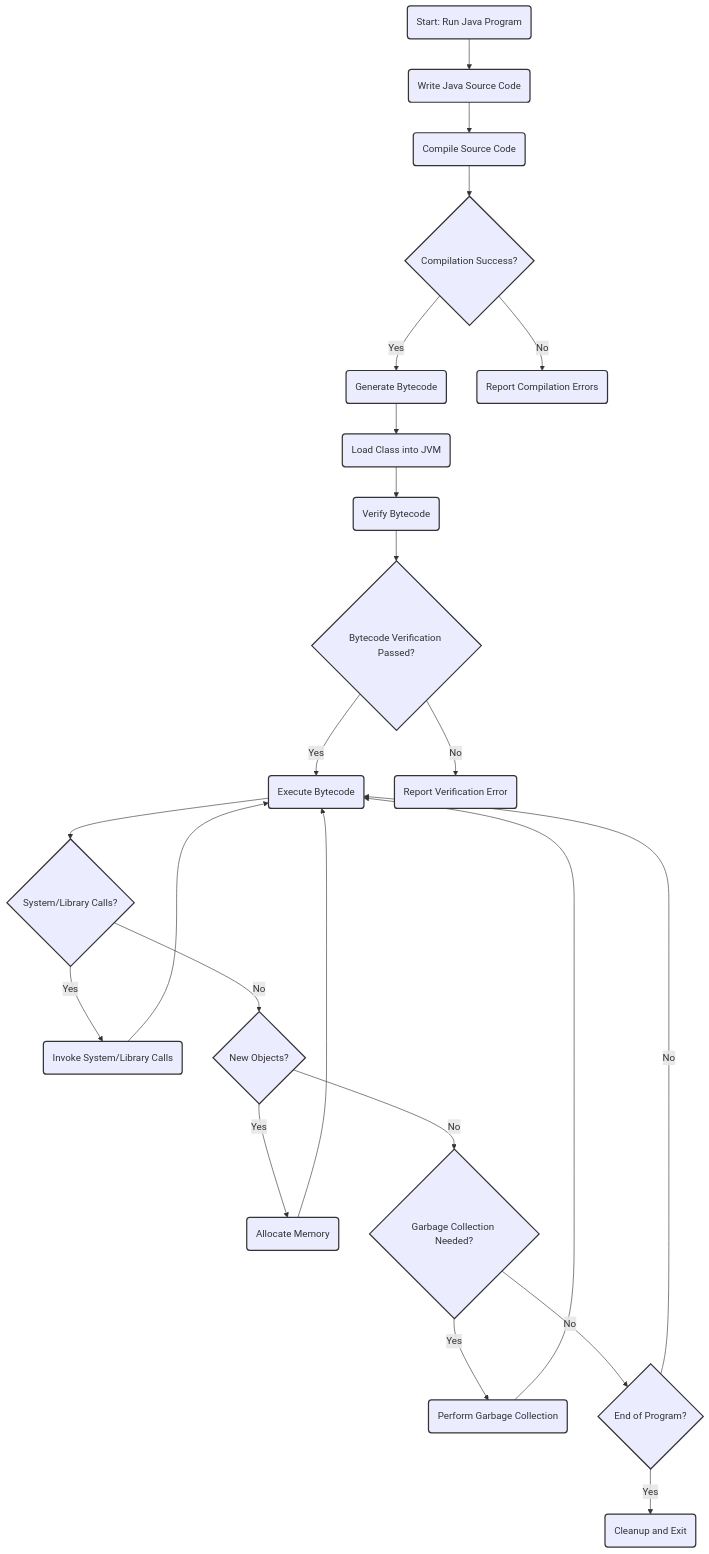
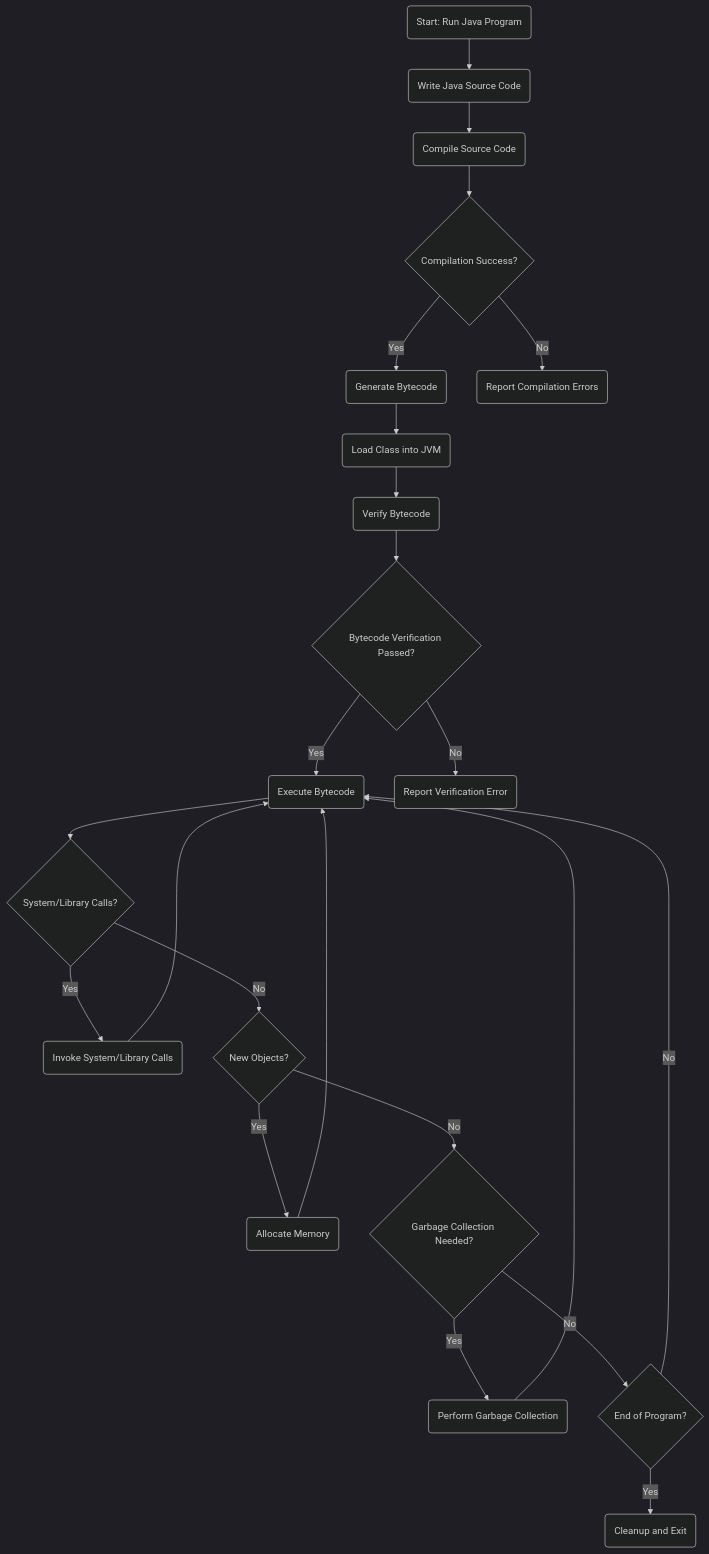
The diagram in java_program_journey.mermaid (hemzaz/mermaids), drawn with Mermaid before and after one commit. The commit also changed 15 other files, not shown here.

```diff
--- a/java_program_journey.mermaid
+++ b/java_program_journey.mermaid
@@ -1,26 +1,36 @@
+%%{init: {'theme':'dark', 'themeVariables': { 
+    'primaryColor': '#E95420', 
+    'primaryBorderColor': '#C4441C', 
+    'primaryTextColor': '#fff',
+    'secondaryColor': '#F58220', 
+    'secondaryBorderColor': '#C25D06',
+    'lineColor': '#CCCCCC', 
+    'textColor': '#CCCCCC',
+    'background': '#282a36'
+}}}%%
+
 graph TD;
     A(Start: Run Java Program) --> B(Write Java Source Code)
     B --> C(Compile Source Code)
     C --> D{Compilation Success?}
     D -- Yes --> E(Generate Bytecode)
     D -- No --> F(Report Compilation Errors)
     E --> G(Load Class into JVM)
     G --> H(Verify Bytecode)
     H --> I{Bytecode Verification Passed?}
     I -- Yes --> J(Execute Bytecode)
     I -- No --> K(Report Verification Error)
     J --> L{System/Library Calls?}
     L -- Yes --> M(Invoke System/Library Calls)
     L -- No --> N{New Objects?}
     N -- Yes --> O(Allocate Memory)
     N -- No --> P{Garbage Collection Needed?}
     P -- Yes --> Q(Perform Garbage Collection)
     P -- No --> R{End of Program?}
     R -- Yes --> S(Cleanup and Exit)
     R -- No --> J
     M --> J
     O --> J
     Q --> J
 
-    classDef flow fill:#fffff,stroke:#333,stroke-width:2px;
-    class A,B,C,D,E,F,G,H,I,J,K,L,M,N,O,P,Q,R,S flow;
+    %% No custom styling for better compatibility
```
